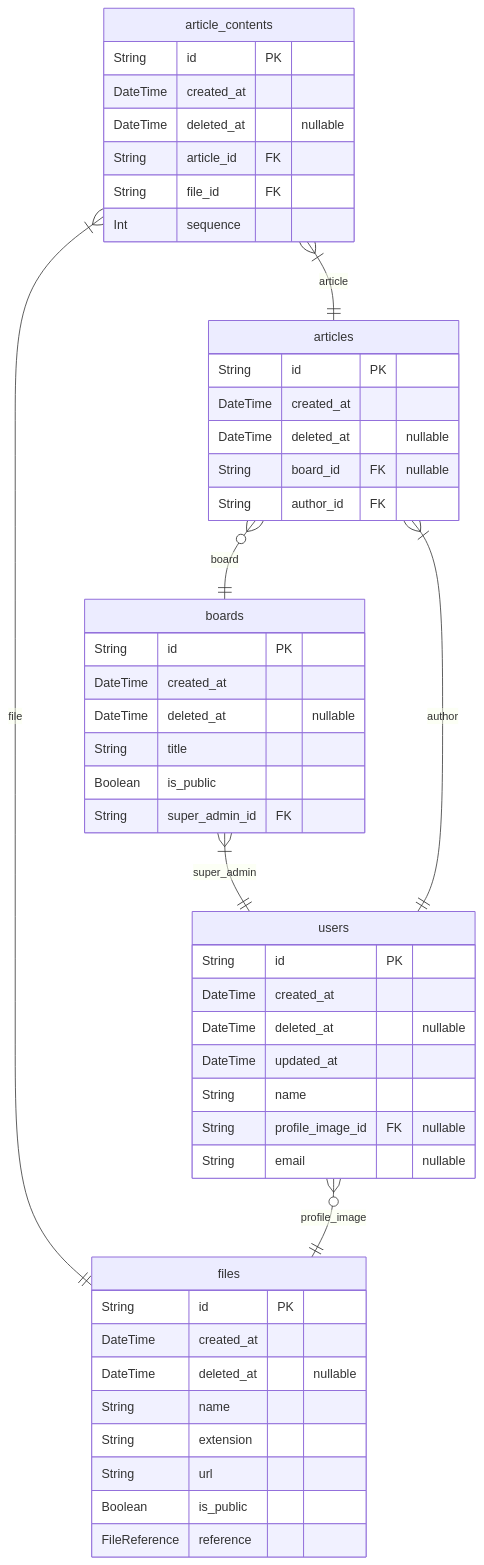
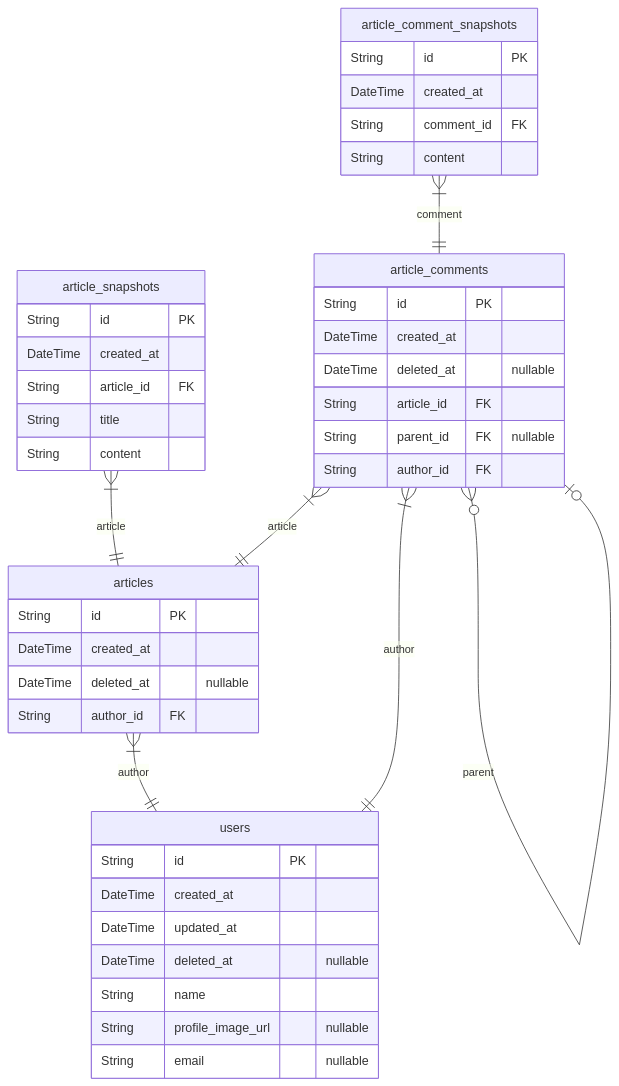
One commit to rojiwon123/safe-nest-template changed the first of 3 diagrams in ERD.md. Above: the diagram before and after it, drawn with Mermaid. The commit also changed other lines of this file and 10 other files, not shown here.

Commit message:
erd template update

````diff
--- a/ERD.md
+++ b/ERD.md
@@ -195,51 +11,45 @@
 ```mermaid
 erDiagram
-files {
+users {
     String id PK
     DateTime created_at
+    DateTime updated_at
     DateTime deleted_at "nullable"
     String name
-    String extension
-    String url
-    Boolean is_public
-    FileReference reference
-}
-boards {
-    String id PK
-    DateTime created_at
-    DateTime deleted_at "nullable"
-    String title
-    Boolean is_public
-    String super_admin_id FK
+    String profile_image_url "nullable"
+    String email "nullable"
 }
 articles {
     String id PK
     DateTime created_at
     DateTime deleted_at "nullable"
-    String board_id FK "nullable"
     String author_id FK
 }
-article_contents {
+article_snapshots {
+    String id PK
+    DateTime created_at
+    String article_id FK
+    String title
+    String content
+}
+article_comments {
     String id PK
     DateTime created_at
     DateTime deleted_at "nullable"
     String article_id FK
-    String file_id FK
-    Int sequence
+    String parent_id FK "nullable"
+    String author_id FK
 }
-users {
+article_comment_snapshots {
     String id PK
     DateTime created_at
-    DateTime deleted_at "nullable"
-    DateTime updated_at
-    String name
-    String profile_image_id FK "nullable"
-    String email "nullable"
+    String comment_id FK
+    String content
 }
-boards }|--|| users : super_admin
 articles }|--|| users : author
-articles }o--|| boards : board
-article_contents }|--|| articles : article
-article_contents }|--|| files : file
-users }o--|| files : profile_image
+article_snapshots }|--|| articles : article
+article_comments }|--|| articles : article
+article_comments }o--o| article_comments : parent
+article_comments }|--|| users : author
+article_comment_snapshots }|--|| article_comments : comment
 ```
````
